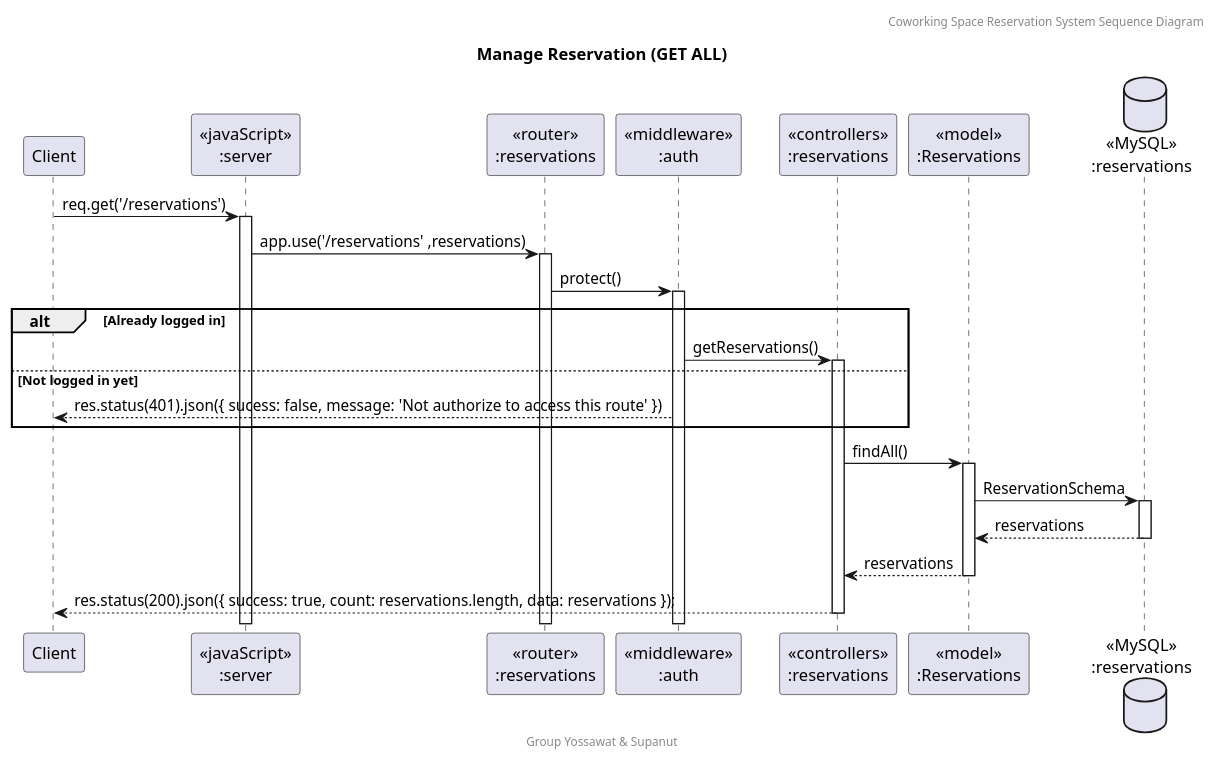
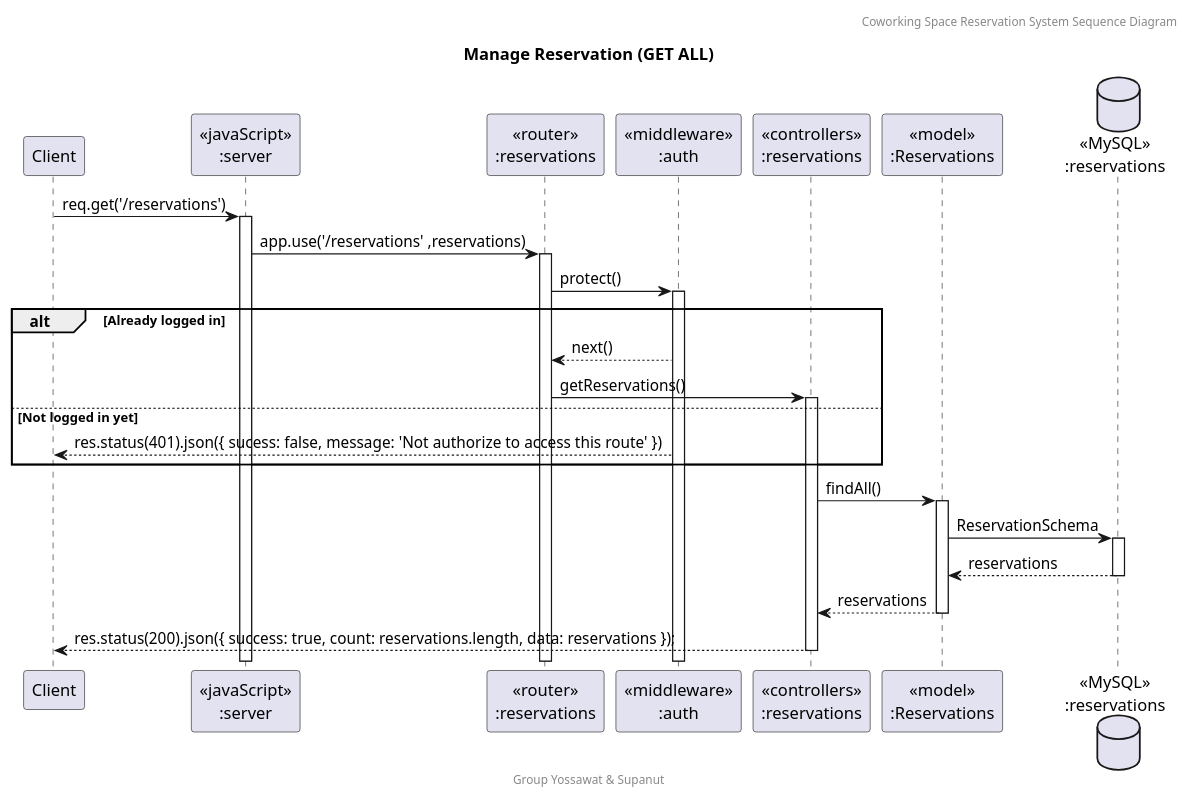
One commit to SupanutT/sw-dev-prac-project changed the diagram in doc/Sequence Diagram/puml/Re_Get_All.puml. Above: the diagram before and after it, drawn with PlantUML. The commit also changed 7 other files, not shown here.

Commit message:
fix: sequence diagram

```diff
--- a/doc/Sequence Diagram/puml/Re_Get_All.puml
+++ b/doc/Sequence Diagram/puml/Re_Get_All.puml
@@ -1,29 +1,30 @@
 @startuml Manage Reservation (GET ALL)
 
 header Coworking Space Reservation System Sequence Diagram
 footer Group Yossawat & Supanut
 title "Manage Reservation (GET ALL)"
 
 participant "Client" as client
 participant "<<javaScript>>\n:server" as server
 participant "<<router>>\n:reservations" as routerReservations
 participant "<<middleware>>\n:auth" as middleware
 participant "<<controllers>>\n:reservations" as controllersReservations
 participant "<<model>>\n:Reservations" as modelReservation
 database "<<MySQL>>\n:reservations" as ReservationsDatabase
 
 client -> server ++:req.get('/reservations')
 server -> routerReservations ++:app.use('/reservations' ,reservations)
 routerReservations -> middleware ++:protect()
 alt Already logged in
-    middleware -> controllersReservations ++: getReservations()
+    middleware --> routerReservations : next()
+    routerReservations -> controllersReservations ++: getReservations()
 else Not logged in yet
     middleware --> client : res.status(401).json({ sucess: false, message: 'Not authorize to access this route' })
 end
 controllersReservations -> modelReservation ++: findAll()
 modelReservation -> ReservationsDatabase ++: ReservationSchema
 ReservationsDatabase --> modelReservation --: reservations
 controllersReservations <-- modelReservation --: reservations
 controllersReservations --> client --:res.status(200).json({ success: true, count: reservations.length, data: reservations });
 
 @enduml
```
